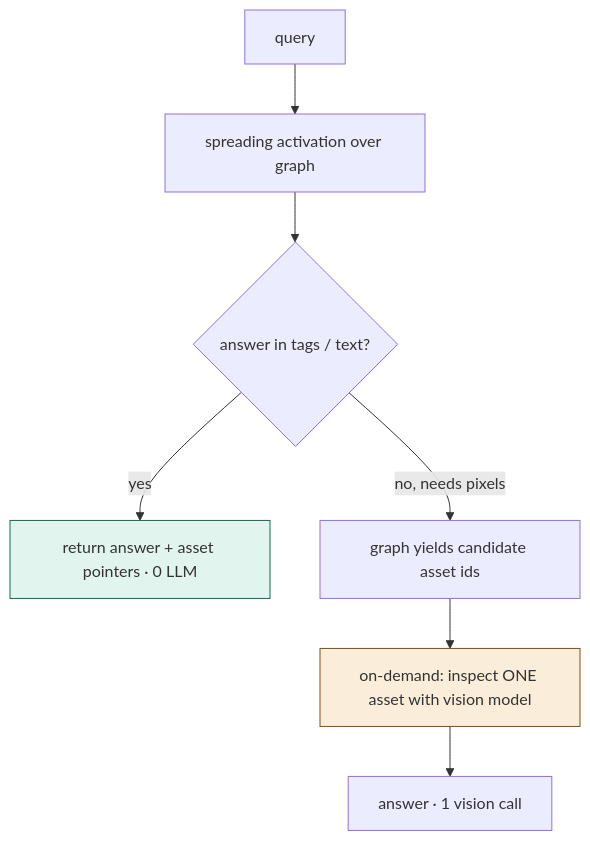
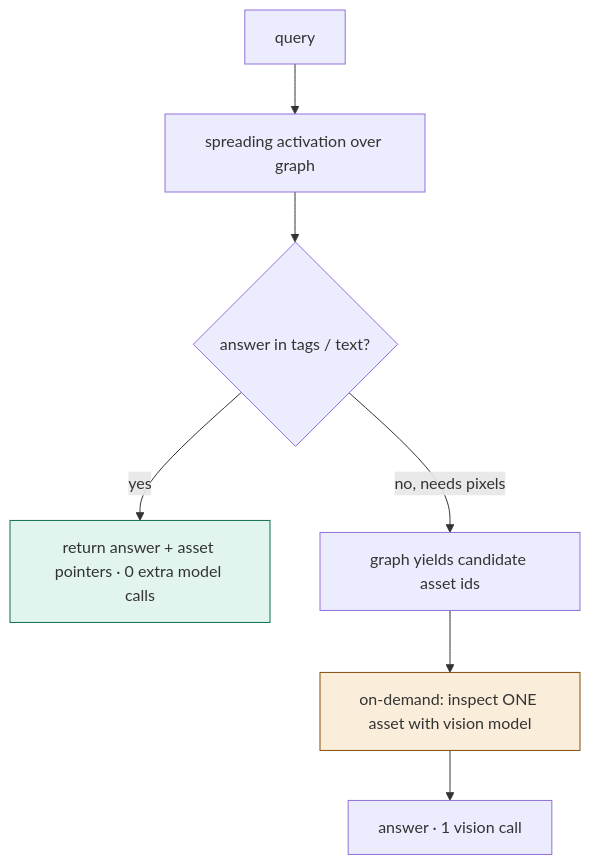
One commit to mirkofr/FERNme changed the second of 2 diagrams in MULTIMODAL_DESIGN.md. Above: the diagram before and after it, drawn with Mermaid. The commit also changed other lines of this file and 42 other files, not shown here.

````diff
--- a/MULTIMODAL_DESIGN.md
+++ b/MULTIMODAL_DESIGN.md
@@ -120,11 +117,11 @@
 ```mermaid
 flowchart TD
   Q[query] --> R[spreading activation over graph]
   R --> T{answer in tags / text?}
-  T -- yes --> A1[return answer + asset pointers · 0 LLM]
+  T -- yes --> A1[return answer + asset pointers · 0 extra model calls]
   T -- no, needs pixels --> C[graph yields candidate asset ids]
   C --> V[on-demand: inspect ONE asset with vision model]
   V --> A2[answer · 1 vision call]
   style A1 fill:#e1f5ee,stroke:#0f6e56
   style V fill:#faeeda,stroke:#854f0b
 ```
````
